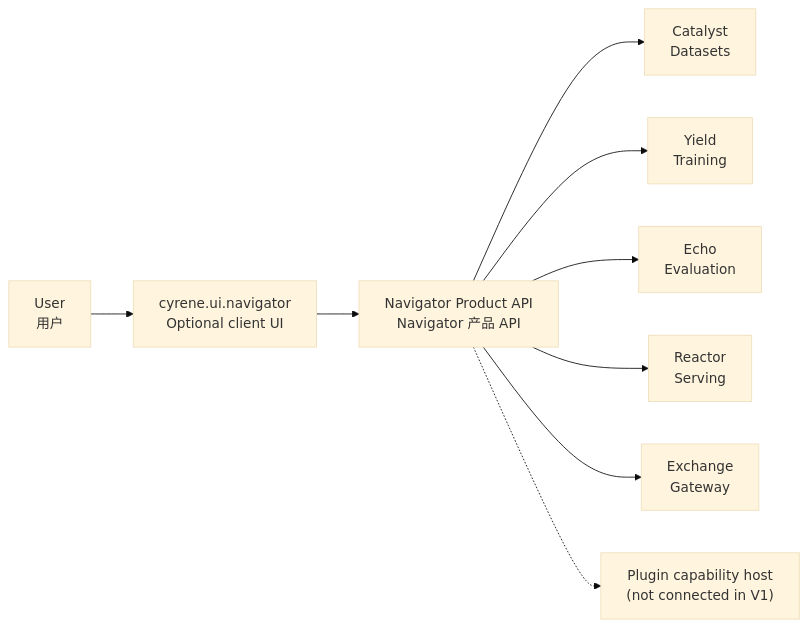
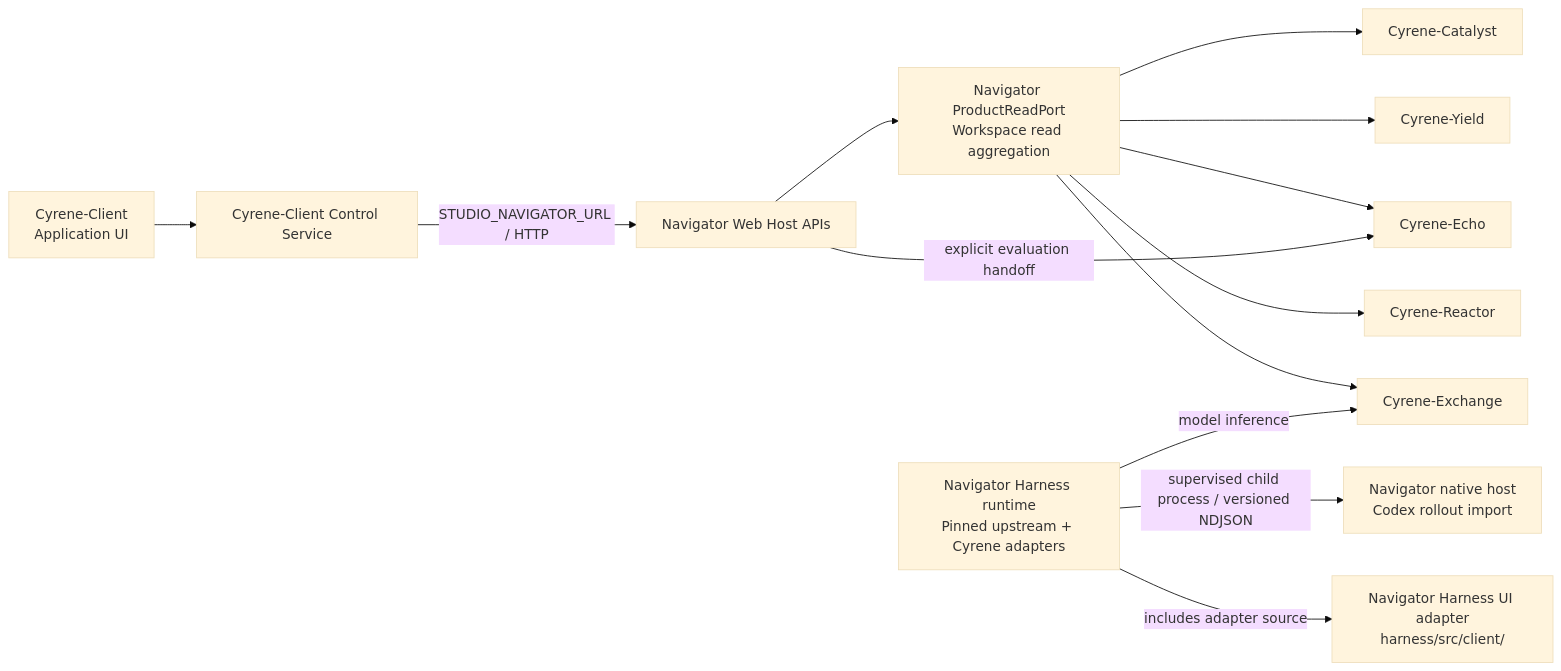
The diagram in docs/architecture/overview.md (DoHorizon-AI/Cyrene-Navigator), drawn with Mermaid (base theme) before and after one commit. The commit also changed other lines of this file and 17 other files, not shown here.

````diff
--- a/docs/architecture/overview.md
+++ b/docs/architecture/overview.md
@@ -22,12 +19,18 @@
 ```mermaid
 flowchart LR
-    User["User\n用户"] --> UI["cyrene.ui.navigator\nOptional client UI"]
-    UI --> Workspace["Navigator Product API\nNavigator 产品 API"]
-    Workspace --> Catalyst["Catalyst\nDatasets"]
-    Workspace --> Yield["Yield\nTraining"]
-    Workspace --> Echo["Echo\nEvaluation"]
-    Workspace --> Reactor["Reactor\nServing"]
-    Workspace --> Exchange["Exchange\nGateway"]
-
-    Workspace -.-> Host["Plugin capability host\n(not connected in V1)"]
+    Client["Cyrene-Client\nApplication UI"] --> Control["Cyrene-Client Control Service"]
+    Control -->|STUDIO_NAVIGATOR_URL / HTTP| WebHost["Navigator Web Host APIs"]
+    HarnessRuntime["Navigator Harness runtime\nPinned upstream + Cyrene adapters"]
+    HarnessUI["Navigator Harness UI adapter\nharness/src/client/"]
+    HarnessRuntime -->|supervised child process / versioned NDJSON| NativeHost["Navigator native host\nCodex rollout import"]
+    ProductRead["Navigator ProductReadPort\nWorkspace read aggregation"]
+    WebHost --> ProductRead
+    ProductRead --> Catalyst["Cyrene-Catalyst"]
+    ProductRead --> Yield["Cyrene-Yield"]
+    ProductRead --> Echo["Cyrene-Echo"]
+    ProductRead --> Reactor["Cyrene-Reactor"]
+    ProductRead --> Exchange["Cyrene-Exchange"]
+    HarnessRuntime -->|model inference| Exchange
+    HarnessRuntime -->|includes adapter source| HarnessUI
+    WebHost -->|explicit evaluation handoff| Echo
 ```
````
